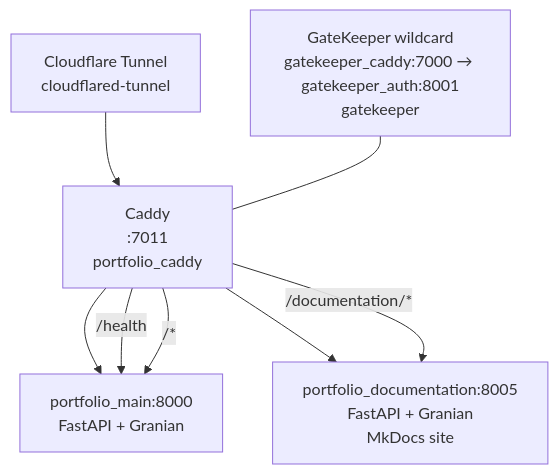
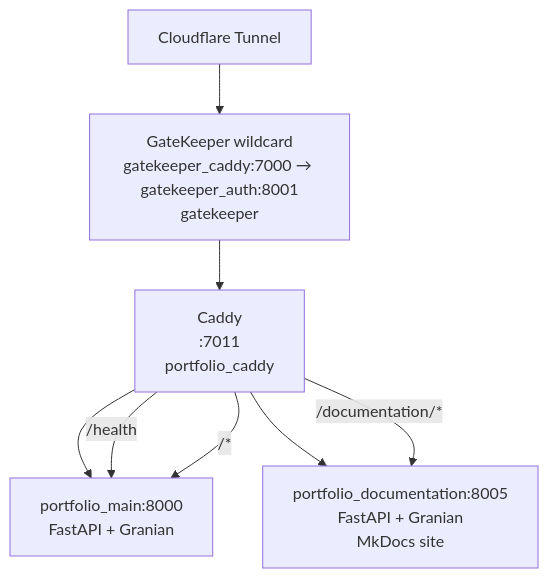
One commit to NovaProtocol/Portfolio changed the diagram in documentation/docs/index.md. Above: the diagram before and after it, drawn with Mermaid. The commit also changed 2 other files, not shown here.

Commit message:
docs: fix quick start env and ingress diagram

````diff
--- a/documentation/docs/index.md
+++ b/documentation/docs/index.md
@@ -22,10 +22,10 @@
 ```mermaid
 graph TB
- TUN["Cloudflare Tunnel<br/>cloudflared-tunnel"] --> CADDY
- GK["GateKeeper wildcard<br/>gatekeeper_caddy:7000 → gatekeeper_auth:8001<br/>gatekeeper"] --- CADDY
+ TUN["Cloudflare Tunnel"] --> GK
+ GK["GateKeeper wildcard<br/>gatekeeper_caddy:7000 → gatekeeper_auth:8001<br/>gatekeeper"] --> CADDY
  CADDY["Caddy<br/>:7011<br/>portfolio_caddy"] --> APP["portfolio_main:8000<br/>FastAPI + Granian"]
  CADDY --> DOCS["portfolio_documentation:8005<br/>FastAPI + Granian<br/>MkDocs site"]
  CADDY -->|"/health"| APP
  CADDY -->|"/documentation/*"| DOCS
  CADDY -->|"/*"| APP
 ```
````
